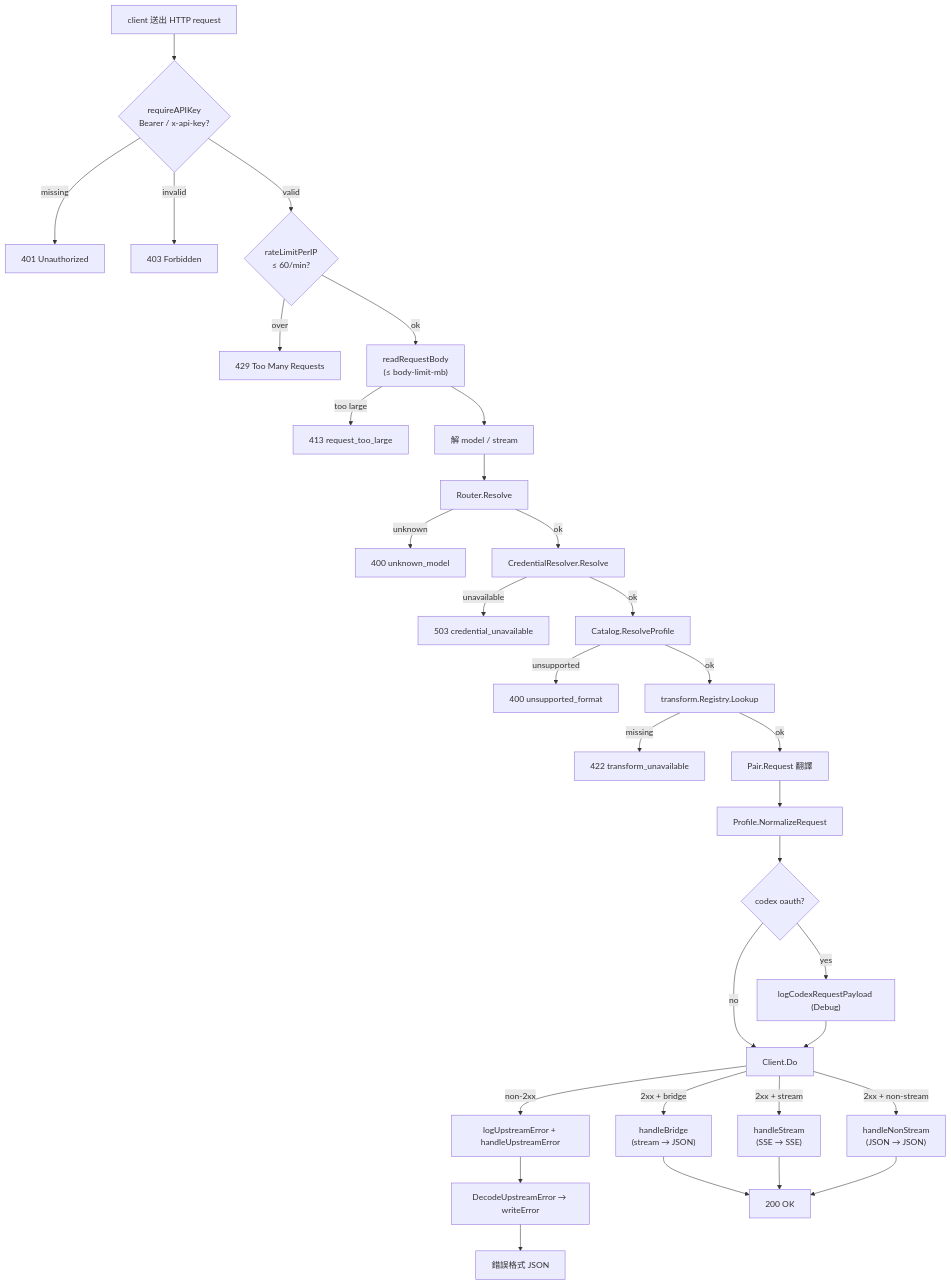
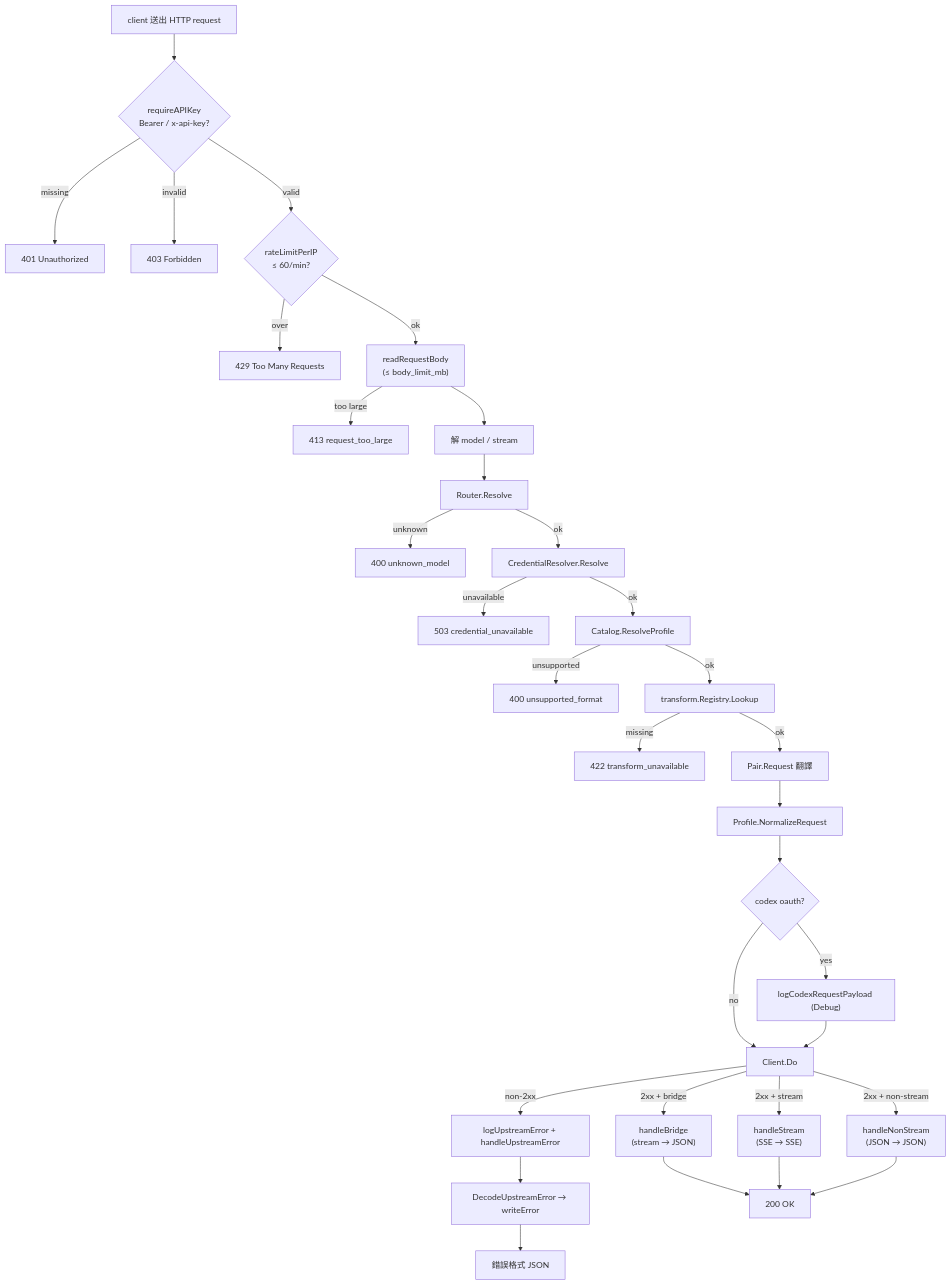
The second of 3 diagrams in README.business.md (BizShuk/proxy), drawn with Mermaid before and after one commit. The commit also changed other lines of this file and 6 other files, not shown here.

````diff
--- a/README.business.md
+++ b/README.business.md
@@ -55,34 +55,34 @@
 ```mermaid
 flowchart TD
     Start["client 送出 HTTP request"] --> Auth{"requireAPIKey\nBearer / x-api-key?"}
     Auth -->|missing| E401["401 Unauthorized"]
     Auth -->|invalid| E403["403 Forbidden"]
     Auth -->|valid| Rate{"rateLimitPerIP\n≤ 60/min?"}
     Rate -->|over| E429["429 Too Many Requests"]
-    Rate -->|ok| Read["readRequestBody\n(≤ body-limit-mb)"]
+    Rate -->|ok| Read["readRequestBody\n(≤ body_limit_mb)"]
     Read -->|too large| E413["413 request_too_large"]
     Read --> Meta["解 model / stream"]
     Meta --> Route["Router.Resolve"]
     Route -->|unknown| E400U["400 unknown_model"]
     Route -->|ok| Cred["CredentialResolver.Resolve"]
     Cred -->|unavailable| E503["503 credential_unavailable"]
     Cred -->|ok| Profile["Catalog.ResolveProfile"]
     Profile -->|unsupported| E400F["400 unsupported_format"]
     Profile -->|ok| Pair["transform.Registry.Lookup"]
     Pair -->|missing| E422["422 transform_unavailable"]
     Pair -->|ok| Req["Pair.Request 翻譯"]
     Req --> Norm["Profile.NormalizeRequest"]
     Norm --> LogCodex{"codex oauth?"}
     LogCodex -->|yes| LogCx["logCodexRequestPayload (Debug)"]
     LogCodex -->|no| DoCall
     LogCx --> DoCall["Client.Do"]
     DoCall -->|non-2xx| LogUE["logUpstreamError + handleUpstreamError"]
     LogUE --> EncodeErr["DecodeUpstreamError → writeError"]
     DoCall -->|2xx + bridge| Bridge["handleBridge\n(stream → JSON)"]
     DoCall -->|2xx + stream| Stream["handleStream\n(SSE → SSE)"]
     DoCall -->|2xx + non-stream| NonStream["handleNonStream\n(JSON → JSON)"]
     Bridge --> Done["200 OK"]
     Stream --> Done
     NonStream --> Done
     EncodeErr --> ErrEnd["錯誤格式 JSON"]
 ```
````
